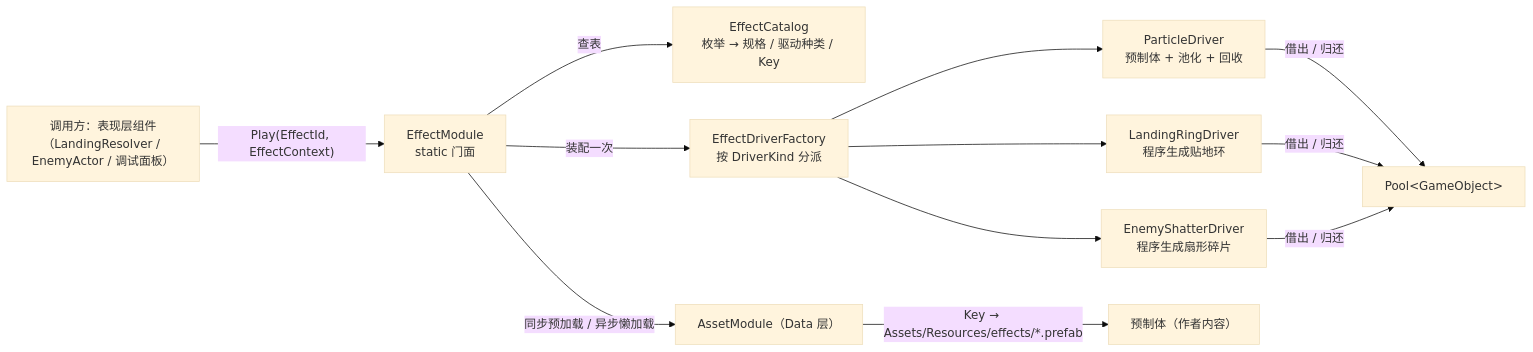
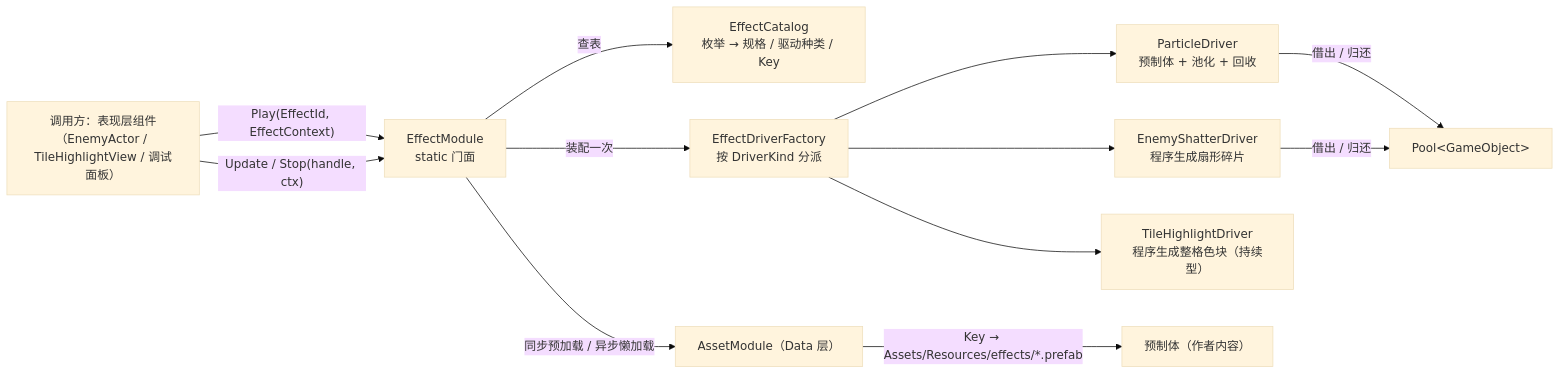
The first of 3 diagrams in Docs/粒子特效系统/粒子特效系统 · 设计与契约.md (5FYZhou/deepseaoil), drawn with Mermaid (base theme) before and after one commit. The commit also changed other lines of this file and 13 other files, not shown here.

````diff
--- a/Docs/粒子特效系统/粒子特效系统 · 设计与契约.md
+++ b/Docs/粒子特效系统/粒子特效系统 · 设计与契约.md
@@ -31,14 +32,14 @@
 ```mermaid
 flowchart LR
-  C["调用方：表现层组件（LandingResolver / EnemyActor / 调试面板）"] -->|"Play(EffectId, EffectContext)"| EM["EffectModule<br/>static 门面"]
+  C["调用方：表现层组件（EnemyActor / TileHighlightView / 调试面板）"] -->|"Play(EffectId, EffectContext)"| EM["EffectModule<br/>static 门面"]
+  C -->|"Update / Stop(handle, ctx)"| EM
   EM -->|"查表"| CAT["EffectCatalog<br/>枚举 → 规格 / 驱动种类 / Key"]
   EM -->|"装配一次"| FAC["EffectDriverFactory<br/>按 DriverKind 分派"]
   FAC --> PD["ParticleDriver<br/>预制体 + 池化 + 回收"]
-  FAC --> LR["LandingRingDriver<br/>程序生成贴地环"]
   FAC --> ES["EnemyShatterDriver<br/>程序生成扇形碎片"]
+  FAC --> TH["TileHighlightDriver<br/>程序生成整格色块（持续型）"]
   EM -->|"同步预加载 / 异步懒加载"| AM["AssetModule（Data 层）"]
   PD -->|"借出 / 归还"| POOL["Pool&lt;GameObject&gt;"]
-  LR -->|"借出 / 归还"| POOL
   ES -->|"借出 / 归还"| POOL
   AM -->|"Key → Assets/Resources/effects/*.prefab"| RES["预制体（作者内容）"]
 ```
````
